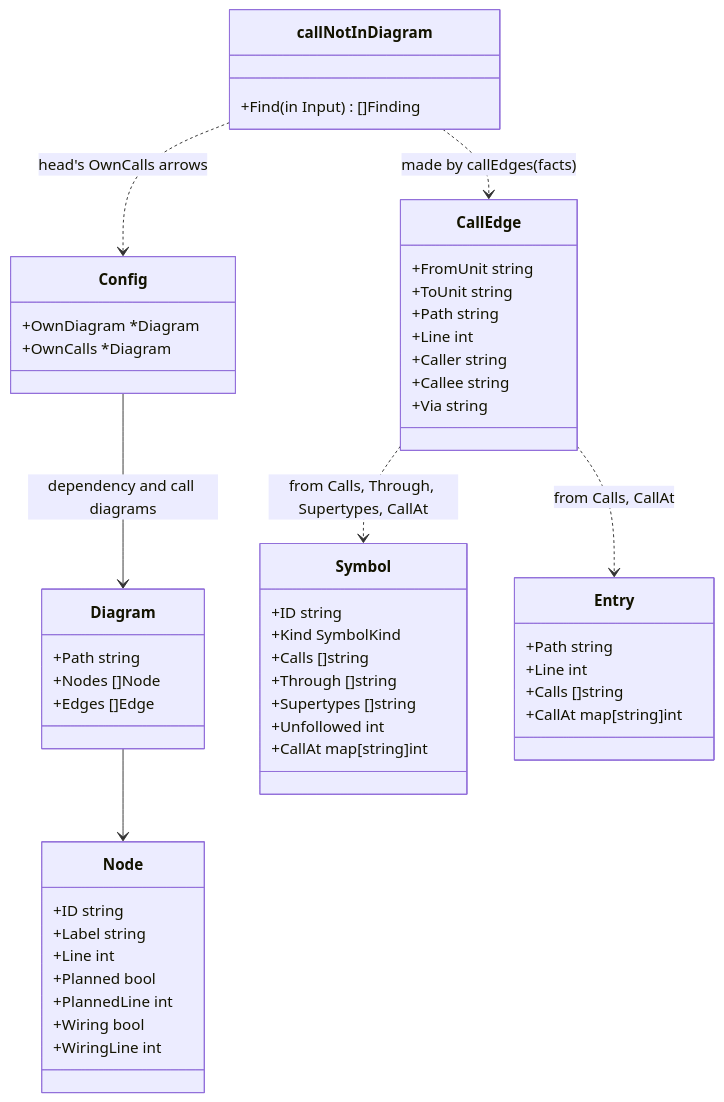
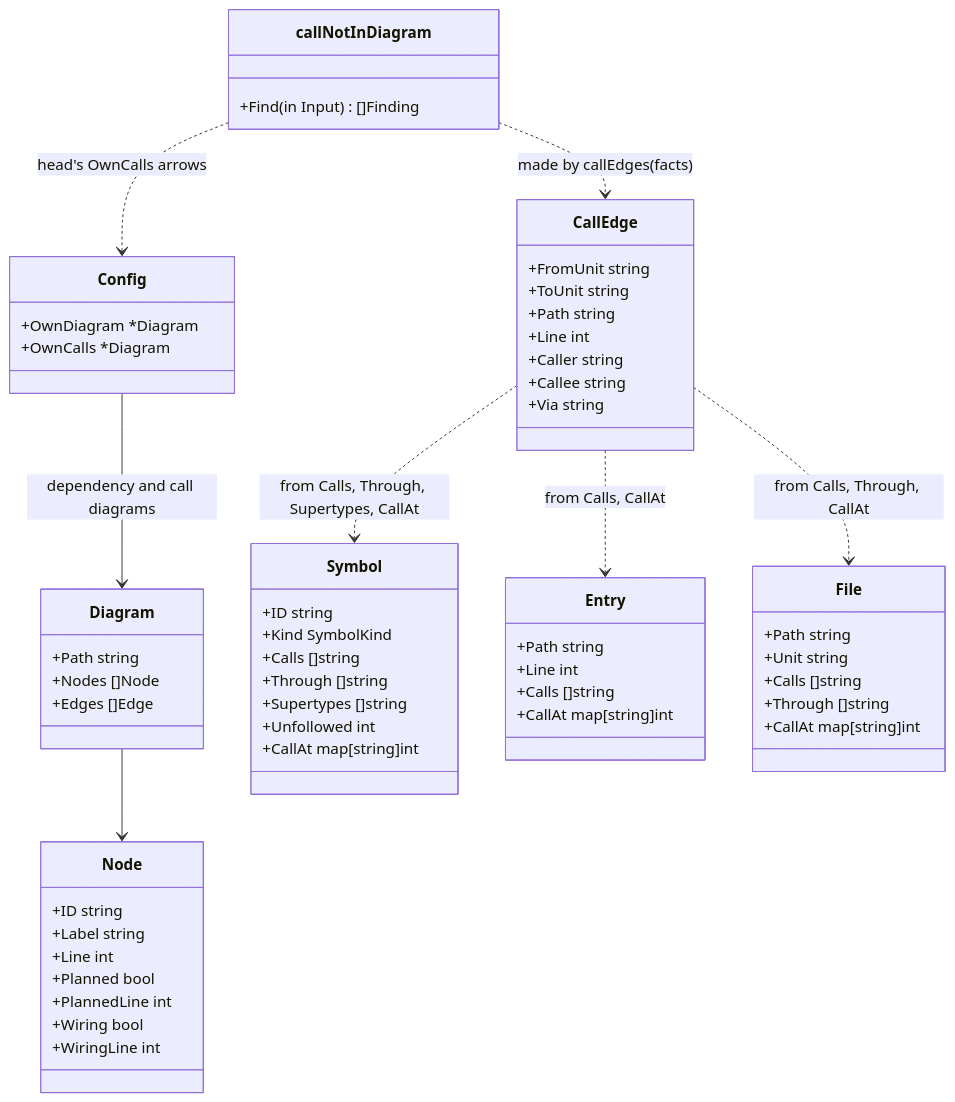
Before and after one commit to rerorets/hadome: the diagram in docs/design/rules-deps.md, drawn with Mermaid. The commit also changed other lines of this file and 3 other files, not shown here.

Commit message:
The design says calls outside functions are counted by the call diagram, from the file's unit

````diff
--- a/docs/design/rules-deps.md
+++ b/docs/design/rules-deps.md
@@ -136,54 +136,62 @@
 ```mermaid
 classDiagram
   class Config {
     +OwnDiagram *Diagram
     +OwnCalls *Diagram
   }
   class Diagram {
     +Path string
     +Nodes []Node
     +Edges []Edge
   }
   class Node {
     +ID string
     +Label string
     +Line int
     +Planned bool
     +PlannedLine int
     +Wiring bool
     +WiringLine int
   }
   class Symbol {
     +ID string
     +Kind SymbolKind
     +Calls []string
     +Through []string
     +Supertypes []string
     +Unfollowed int
     +CallAt map[string]int
   }
   class Entry {
     +Path string
     +Line int
     +Calls []string
     +CallAt map[string]int
   }
+  class File {
+    +Path string
+    +Unit string
+    +Calls []string
+    +Through []string
+    +CallAt map[string]int
+  }
   class CallEdge {
     +FromUnit string
     +ToUnit string
     +Path string
     +Line int
     +Caller string
     +Callee string
     +Via string
   }
   class callNotInDiagram {
     +Find(in Input) []Finding
   }
   Config --> Diagram : dependency and call diagrams
   Diagram --> Node
   callNotInDiagram ..> CallEdge : made by callEdges(facts)
   CallEdge ..> Symbol : from Calls, Through, Supertypes, CallAt
   CallEdge ..> Entry : from Calls, CallAt
+  CallEdge ..> File : from Calls, Through, CallAt
   callNotInDiagram ..> Config : head's OwnCalls arrows
 ```
````
